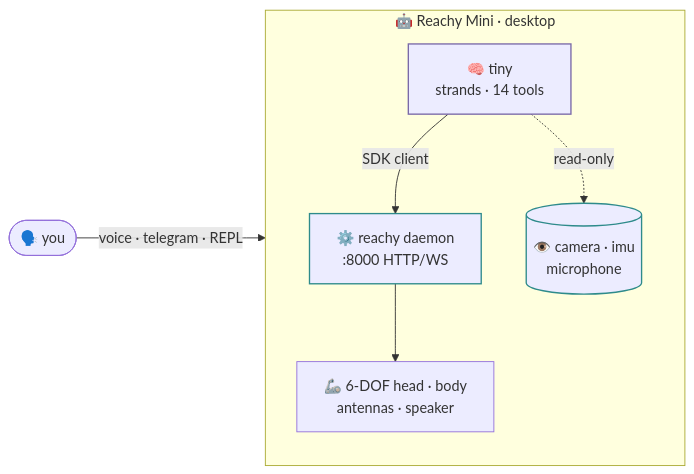
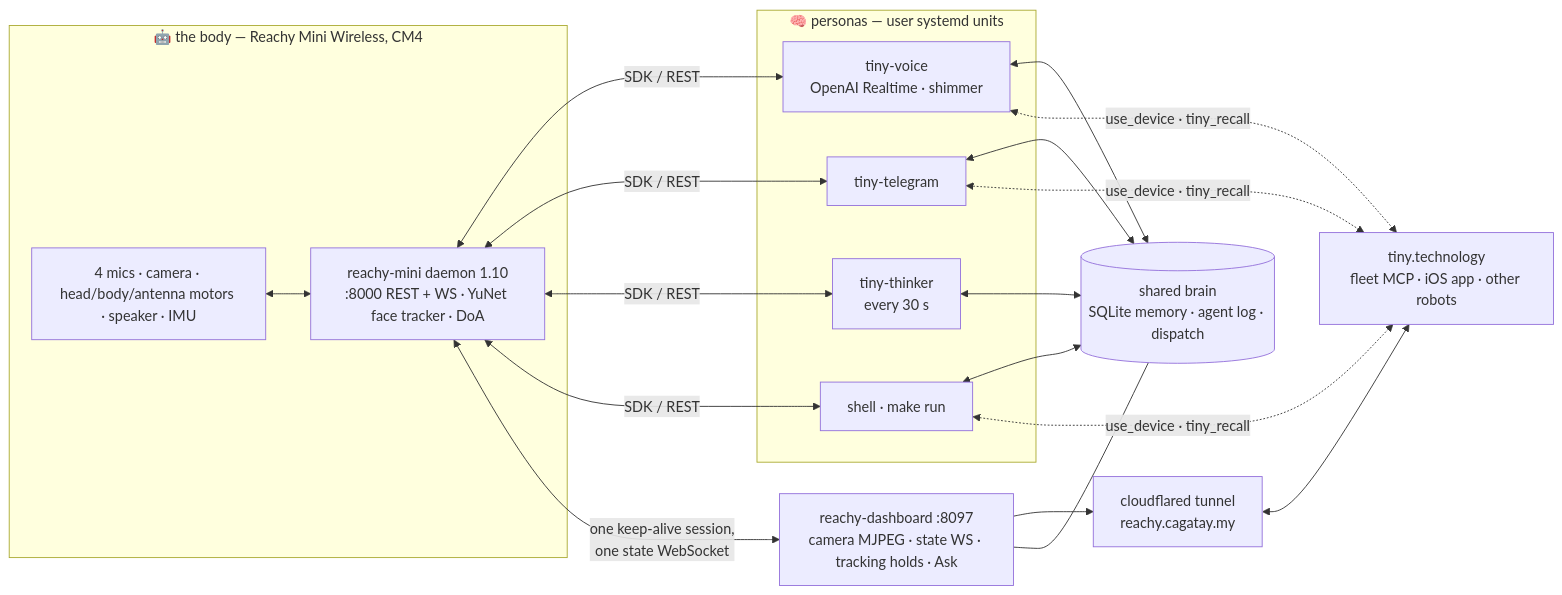
Before and after one commit to cagataycali/tiny-the-reachy: the diagram in docs/index.md, drawn with Mermaid. The commit also changed other lines of this file and 7 other files, not shown here.

````diff
--- a/docs/index.md
+++ b/docs/index.md
@@ -67,19 +61,25 @@
 ```mermaid
 flowchart LR
-  U(["🗣️ you"]) -->|"voice · telegram · REPL"| A
-
-  subgraph DESK["🤖 Reachy Mini · desktop"]
-    direction TB
-    A["🧠 tiny<br/>strands · 14 tools"]
-    D["⚙️ reachy daemon<br/>:8000 HTTP/WS"]
-    M["🦾 6-DOF head · body<br/>antennas · speaker"]
-    S[("👁️ camera · imu<br/>microphone")]
-    A -->|"SDK client"| D --> M
-    A -.->|"read-only"| S
+  subgraph body["🤖 the body — Reachy Mini Wireless, CM4"]
+    HW["4 mics · camera · head/body/antenna motors · speaker · IMU"]
+    D["reachy-mini daemon 1.10<br/>:8000 REST + WS · YuNet face tracker · DoA"]
+    HW <--> D
   end
-
-  classDef brain stroke:#7a6aa8,stroke-width:1.5px
-  classDef io stroke:#2e8b8b,stroke-width:1.5px
-  class A brain
-  class S,D io
+  subgraph personas["🧠 personas — user systemd units"]
+    V["tiny-voice<br/>OpenAI Realtime · shimmer"]
+    T["tiny-telegram"]
+    K["tiny-thinker<br/>every 30 s"]
+    S["shell · make run"]
+  end
+  BRAIN[("shared brain<br/>SQLite memory · agent log · dispatch")]
+  DASH["reachy-dashboard :8097<br/>camera MJPEG · state WS · tracking holds · Ask"]
+  TUN["cloudflared tunnel<br/>reachy.cagatay.my"]
+  FLEET["tiny.technology<br/>fleet MCP · iOS app · other robots"]
+  D <-->|SDK / REST| V & T & K & S
+  V & T & K & S <--> BRAIN
+  D <-->|"one keep-alive session,<br/>one state WebSocket"| DASH
+  DASH --> TUN
+  TUN <--> FLEET
+  V & T & S <-.->|"use_device · tiny_recall"| FLEET
+  DASH --- BRAIN
 ```
````
